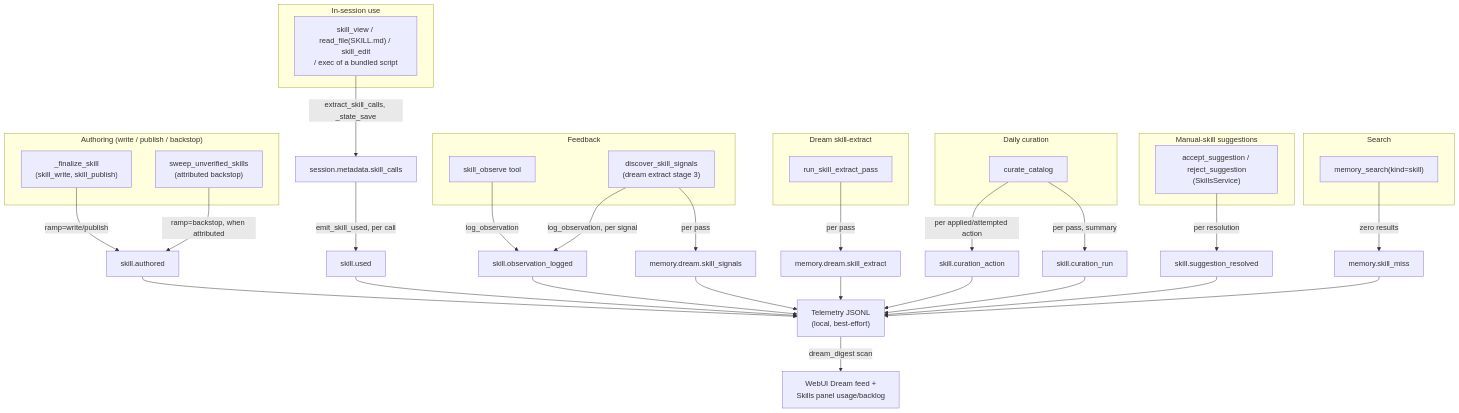
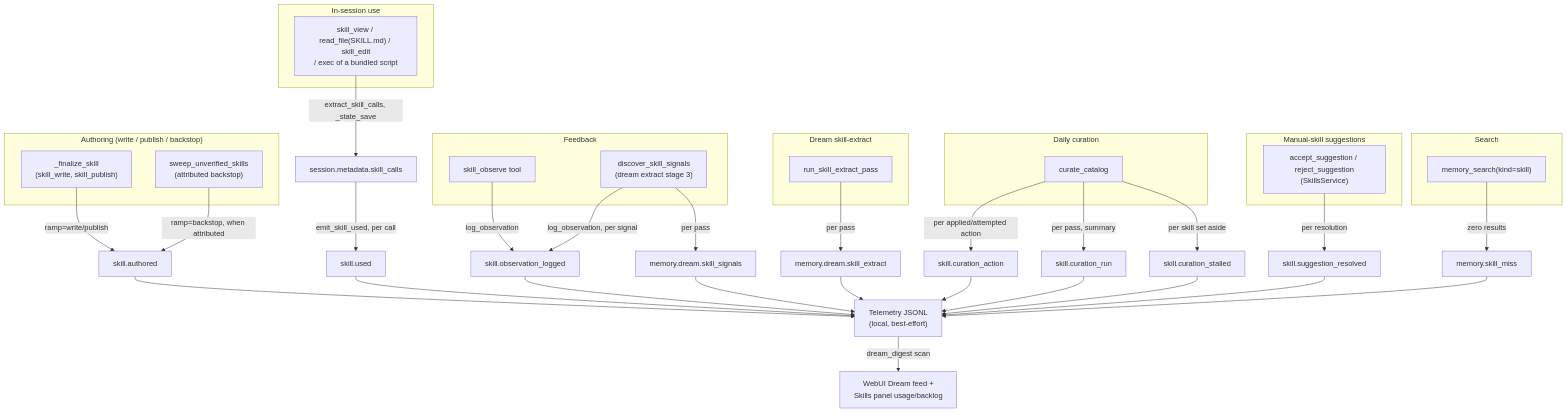
Before and after one commit to mmarmol/durin: the diagram in docs/internals/skills/03_telemetry_and_effectiveness.md, drawn with Mermaid. The commit also changed other lines of this file and 14 other files, not shown here.

````diff
--- a/docs/internals/skills/03_telemetry_and_effectiveness.md
+++ b/docs/internals/skills/03_telemetry_and_effectiveness.md
@@ -65,56 +67,58 @@
 ```mermaid
 flowchart TD
     subgraph Authoring["Authoring (write / publish / backstop)"]
         ACT["_finalize_skill\n(skill_write, skill_publish)"]
         SWEEP["sweep_unverified_skills\n(attributed backstop)"]
     end
     ACT -->|ramp=write/publish| AUTHORED["skill.authored"]
     SWEEP -->|ramp=backstop, when attributed| AUTHORED
 
     subgraph Use["In-session use"]
         VIEW["skill_view / read_file(SKILL.md) / skill_edit\n/ exec of a bundled script"]
     end
     VIEW -->|extract_skill_calls, _state_save| CALLS["session.metadata.skill_calls"]
     CALLS -->|emit_skill_used, per call| USED["skill.used"]
 
     subgraph Feedback["Feedback"]
         TOOL["skill_observe tool"]
         HINDSIGHT["discover_skill_signals\n(dream extract stage 3)"]
     end
     TOOL -->|log_observation| OBSLOG["skill.observation_logged"]
     HINDSIGHT -->|log_observation, per signal| OBSLOG
     HINDSIGHT -->|per pass| SKILLSIGNALS["memory.dream.skill_signals"]
 
     subgraph Production["Dream skill-extract"]
         EXTRACT["run_skill_extract_pass"]
     end
     EXTRACT -->|per pass| SKILLEXTRACT["memory.dream.skill_extract"]
 
     subgraph Judgment["Daily curation"]
         CURATE["curate_catalog"]
     end
     CURATE -->|per applied/attempted action| CURACTION["skill.curation_action"]
     CURATE -->|per pass, summary| CURRUN["skill.curation_run"]
+    CURATE -->|per skill set aside| CURSTALL["skill.curation_stalled"]
 
     subgraph Resolution["Manual-skill suggestions"]
         ACCEPT["accept_suggestion / reject_suggestion\n(SkillsService)"]
     end
     ACCEPT -->|per resolution| SUGRES["skill.suggestion_resolved"]
 
     subgraph Retrieval["Search"]
         MSEARCH["memory_search(kind=skill)"]
     end
     MSEARCH -->|zero results| SKILLMISS["memory.skill_miss"]
 
     AUTHORED --> DIGEST["Telemetry JSONL\n(local, best-effort)"]
     USED --> DIGEST
     OBSLOG --> DIGEST
     SKILLSIGNALS --> DIGEST
     SKILLEXTRACT --> DIGEST
     CURACTION --> DIGEST
     CURRUN --> DIGEST
+    CURSTALL --> DIGEST
     SUGRES --> DIGEST
     SKILLMISS --> DIGEST
 
     DIGEST -->|dream_digest scan| WEBUI["WebUI Dream feed +\nSkills panel usage/backlog"]
 ```
````
